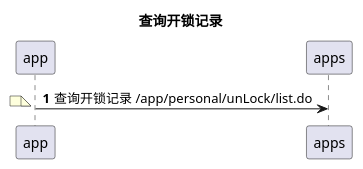
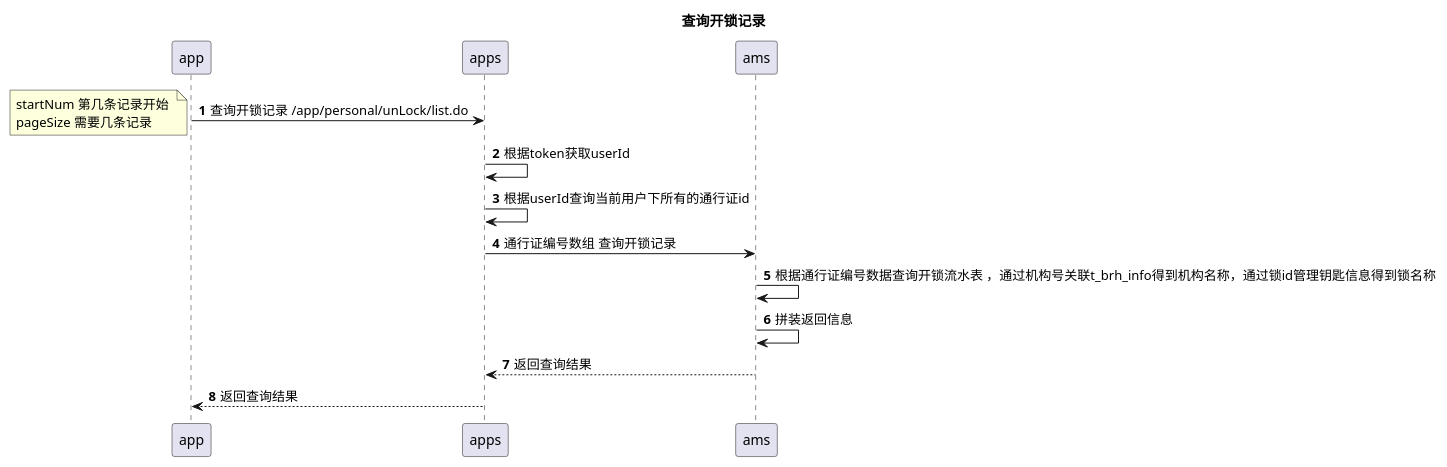
Before and after one commit to 13589080127/zc-test: the diagram in doc/简兑智能锁/查询开锁记录.puml, drawn with PlantUML.

Commit message:
智能门锁

```diff
--- a/doc/简兑智能锁/查询开锁记录.puml
+++ b/doc/简兑智能锁/查询开锁记录.puml
@@ -1,6 +1,13 @@
 @startuml
 title:查询开锁记录
 autonumber
 app->apps:查询开锁记录 /app/personal/unLock/list.do
-note left:
+note left: startNum 第几条记录开始 \npageSize 需要几条记录
+apps->apps:根据token获取userId
+apps->apps:根据userId查询当前用户下所有的通行证id
+apps->ams:通行证编号数组 查询开锁记录
+ams->ams:根据通行证编号数据查询开锁流水表 ，通过机构号关联t_brh_info得到机构名称，通过锁id管理钥匙信息得到锁名称
+ams->ams:拼装返回信息
+ams-->apps:返回查询结果
+apps-->app:返回查询结果
 @enduml
```
